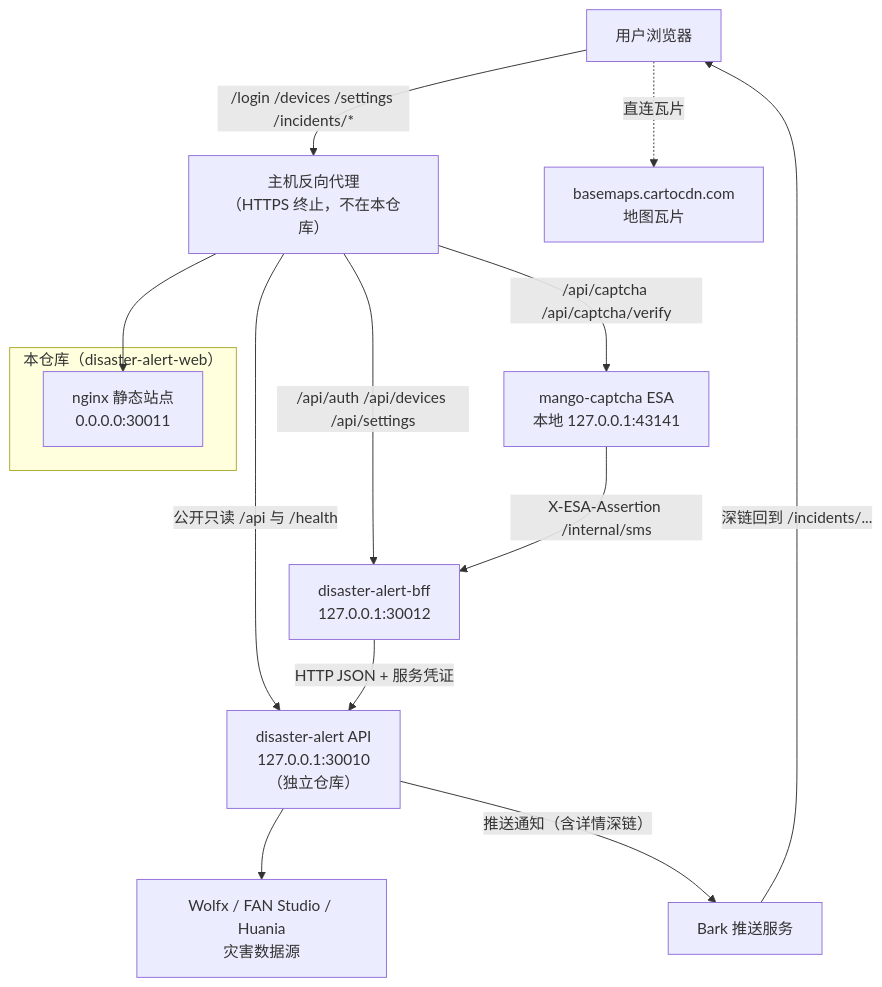
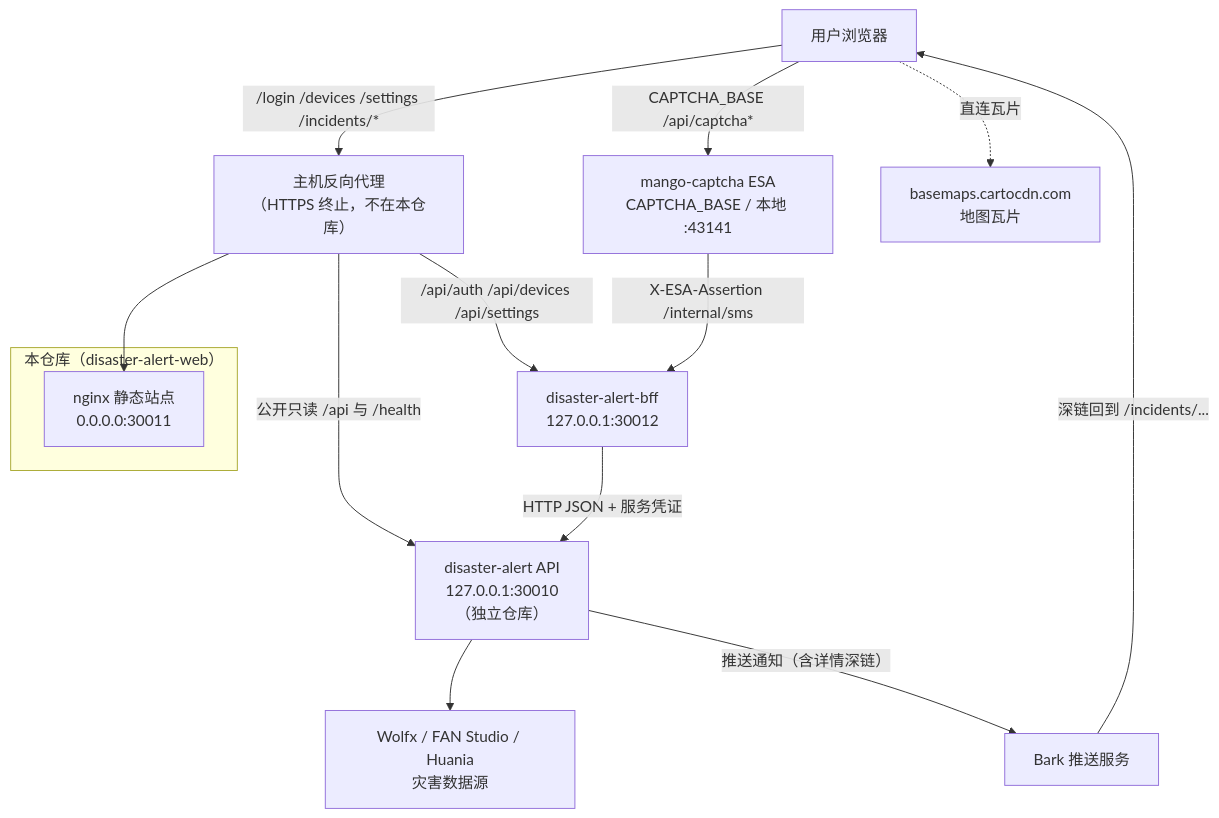
One commit to luyi2008/disaster-alert-web changed the first of 8 diagrams in docs/architecture.md. Above: the diagram before and after it, drawn with Mermaid. The commit also changed other lines of this file and 10 other files, not shown here.

First line of the commit message:
feat: send login captcha to CAPTCHA_BASE in production

````diff
--- a/docs/architecture.md
+++ b/docs/architecture.md
@@ -25,26 +25,26 @@
 ```mermaid
 graph TB
     User["用户浏览器"]
     subgraph ThisRepo["本仓库（disaster-alert-web）"]
         Web["nginx 静态站点<br/>0.0.0.0:30011"]
     end
     Proxy["主机反向代理<br/>（HTTPS 终止，不在本仓库）"]
     BFF["disaster-alert-bff<br/>127.0.0.1:30012"]
-    Captcha["mango-captcha ESA<br/>本地 127.0.0.1:43141"]
+    Captcha["mango-captcha ESA<br/>CAPTCHA_BASE / 本地 :43141"]
     API["disaster-alert API<br/>127.0.0.1:30010<br/>（独立仓库）"]
     Tiles["basemaps.cartocdn.com<br/>地图瓦片"]
     Bark["Bark 推送服务"]
     Sources["Wolfx / FAN Studio / Huania<br/>灾害数据源"]
 
     User -->|"/login /devices /settings /incidents/*"| Proxy
     Proxy --> Web
-    Proxy -->|"/api/captcha /api/captcha/verify"| Captcha
+    User -->|"CAPTCHA_BASE /api/captcha*"| Captcha
     Proxy -->|"/api/auth /api/devices /api/settings"| BFF
     Proxy -->|"公开只读 /api 与 /health"| API
     Captcha -->|"X-ESA-Assertion /internal/sms"| BFF
     BFF -->|"HTTP JSON + 服务凭证"| API
     User -.->|"直连瓦片"| Tiles
     API --> Sources
     API -->|"推送通知（含详情深链）"| Bark
     Bark -->|"深链回到 /incidents/..."| User
 ```
````
